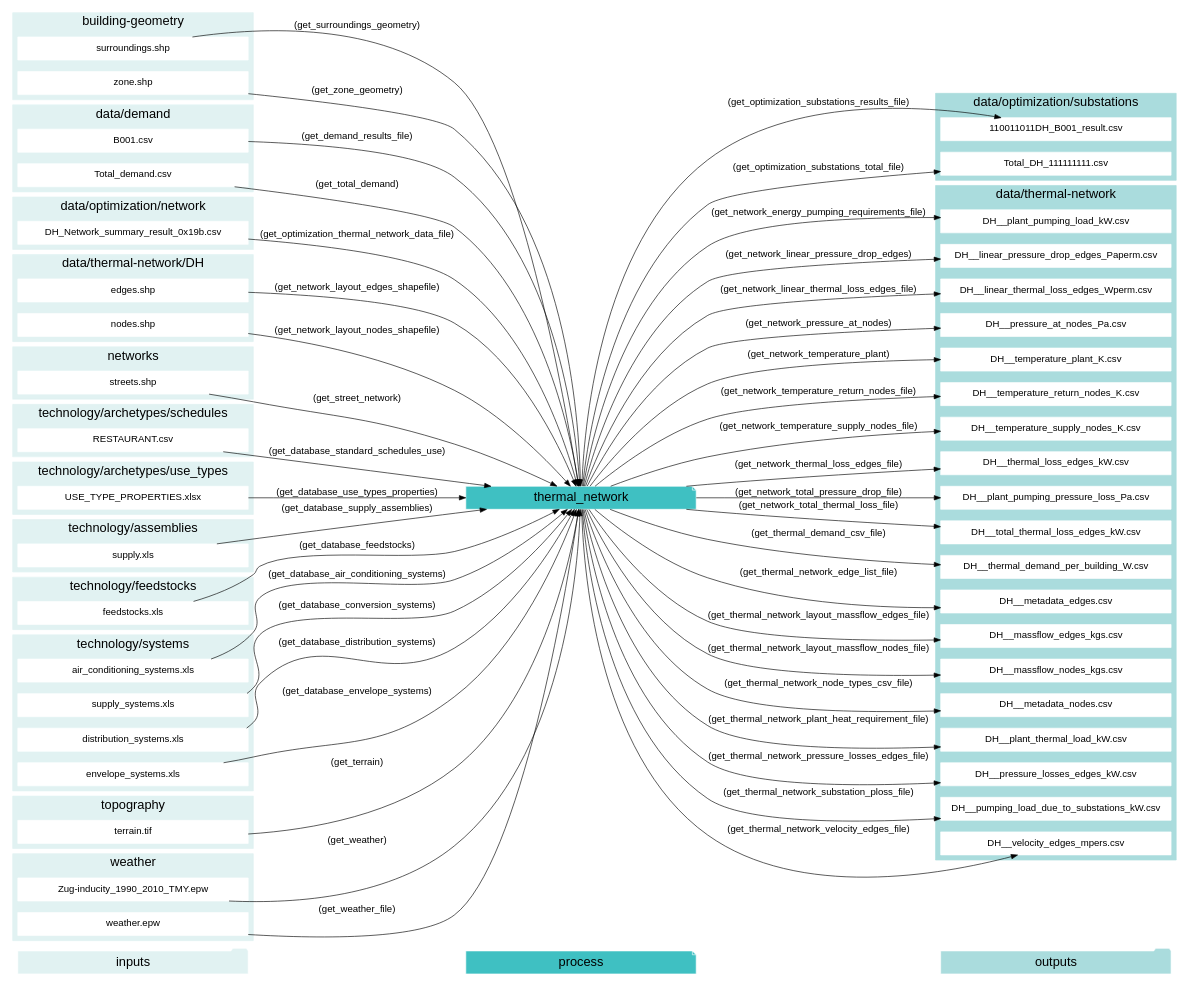
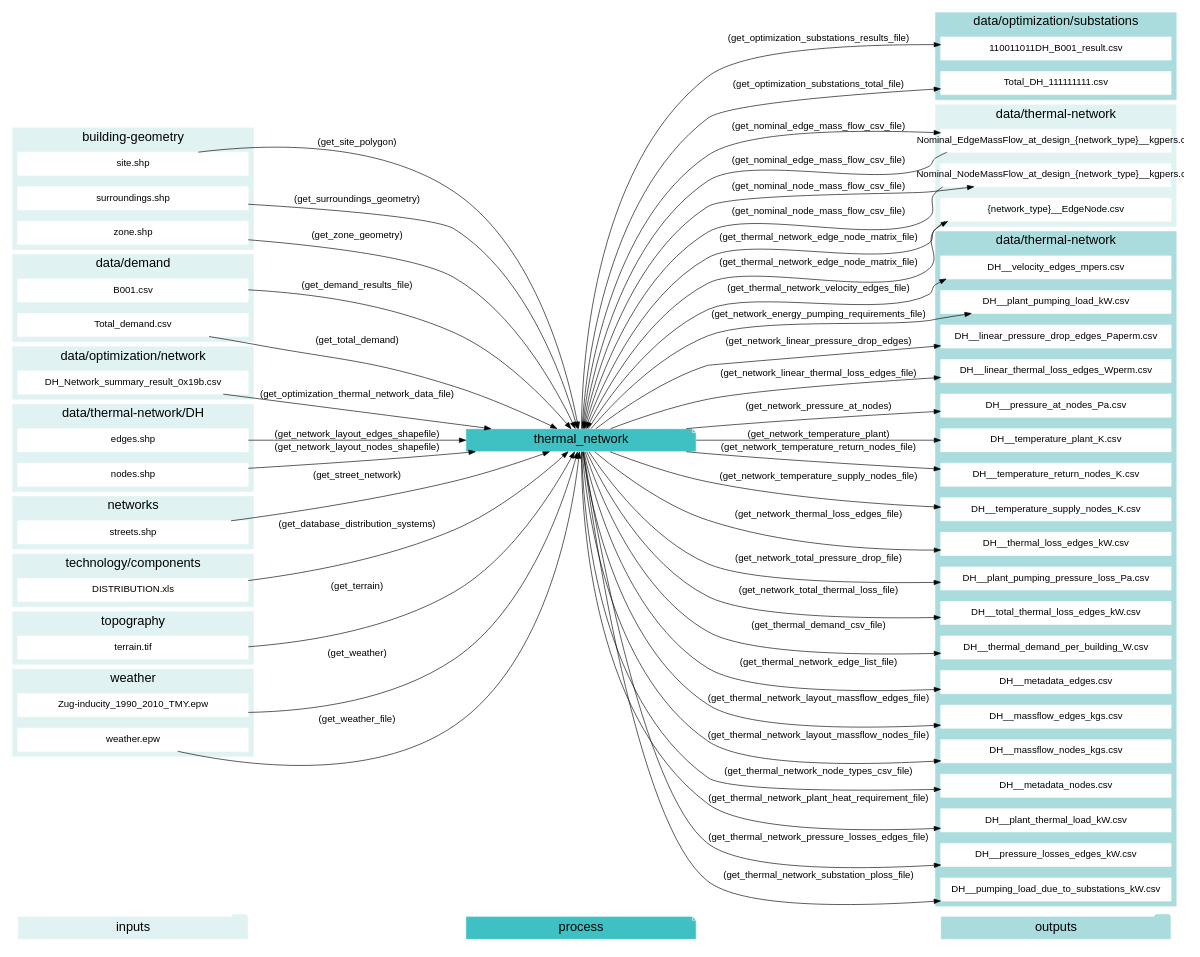
One commit to architecture-building-systems/CityEnergyAnalyst changed the diagram in docs/graphviz/thermal_network.gv. Above: the diagram before and after it, drawn with Graphviz. The commit also changed 24 other files, not shown here.

```diff
--- a/docs/graphviz/thermal_network.gv
+++ b/docs/graphviz/thermal_network.gv
@@ -1,195 +1,174 @@
 digraph trace_inputlocator {
     rankdir="LR";
     graph [overlap=false, fontname=arial];
     node [shape=box, style=filled, color=white, fontsize=15, fontname=arial, fixedsize=true, width=5];
     edge [fontname=arial, fontsize = 15]
     newrank=true
     subgraph cluster_legend {
     fontsize=25
     style=invis
     "process"[style=filled, fillcolor="#3FC0C2", shape=note, fontsize=20, fontname="arial"]
     "inputs" [style=filled, shape=folder, color=white, fillcolor="#E1F2F2", fontsize=20]
     "outputs"[style=filled, shape=folder, color=white, fillcolor="#aadcdd", fontsize=20]
     "inputs"->"process"[style=invis]
     "process"->"outputs"[style=invis]
     }
     "thermal_network"[style=filled, color=white, fillcolor="#3FC0C2", shape=note, fontsize=20, fontname=arial];
     subgraph cluster_0_in {
         style = filled;
         color = "#E1F2F2";
         fontsize = 20;
         rank=same;
         label="building-geometry";
+        "site.shp"
         "surroundings.shp"
         "zone.shp"
     }
     subgraph cluster_1_in {
         style = filled;
         color = "#E1F2F2";
         fontsize = 20;
         rank=same;
         label="data/demand";
         "B001.csv"
         "Total_demand.csv"
     }
     subgraph cluster_2_in {
         style = filled;
         color = "#E1F2F2";
         fontsize = 20;
         rank=same;
         label="data/optimization/network";
         "DH_Network_summary_result_0x19b.csv"
     }
     subgraph cluster_3_out {
         style = filled;
         color = "#aadcdd";
         fontsize = 20;
         rank=same;
         label="data/optimization/substations";
         "110011011DH_B001_result.csv"
         "Total_DH_111111111.csv"
     }
+    subgraph cluster_4_in {
+        style = filled;
+        color = "#E1F2F2";
+        fontsize = 20;
+        rank=same;
+        label="data/thermal-network";
+        "Nominal_EdgeMassFlow_at_design_{network_type}__kgpers.csv"
+        "Nominal_NodeMassFlow_at_design_{network_type}__kgpers.csv"
+        "{network_type}__EdgeNode.csv"
+    }
     subgraph cluster_4_out {
         style = filled;
         color = "#aadcdd";
         fontsize = 20;
         rank=same;
         label="data/thermal-network";
         "DH__plant_pumping_load_kW.csv"
         "DH__linear_pressure_drop_edges_Paperm.csv"
         "DH__linear_thermal_loss_edges_Wperm.csv"
         "DH__pressure_at_nodes_Pa.csv"
         "DH__temperature_plant_K.csv"
         "DH__temperature_return_nodes_K.csv"
         "DH__temperature_supply_nodes_K.csv"
         "DH__thermal_loss_edges_kW.csv"
         "DH__plant_pumping_pressure_loss_Pa.csv"
         "DH__total_thermal_loss_edges_kW.csv"
+        "Nominal_EdgeMassFlow_at_design_{network_type}__kgpers.csv"
+        "Nominal_NodeMassFlow_at_design_{network_type}__kgpers.csv"
         "DH__thermal_demand_per_building_W.csv"
         "DH__metadata_edges.csv"
+        "{network_type}__EdgeNode.csv"
         "DH__massflow_edges_kgs.csv"
         "DH__massflow_nodes_kgs.csv"
         "DH__metadata_nodes.csv"
         "DH__plant_thermal_load_kW.csv"
         "DH__pressure_losses_edges_kW.csv"
         "DH__pumping_load_due_to_substations_kW.csv"
         "DH__velocity_edges_mpers.csv"
     }
     subgraph cluster_5_in {
         style = filled;
         color = "#E1F2F2";
         fontsize = 20;
         rank=same;
         label="data/thermal-network/DH";
         "edges.shp"
         "nodes.shp"
     }
     subgraph cluster_6_in {
         style = filled;
         color = "#E1F2F2";
         fontsize = 20;
         rank=same;
         label="networks";
         "streets.shp"
     }
     subgraph cluster_7_in {
         style = filled;
         color = "#E1F2F2";
         fontsize = 20;
         rank=same;
-        label="technology/archetypes/schedules";
-        "RESTAURANT.csv"
+        label="technology/components";
+        "DISTRIBUTION.xls"
     }
     subgraph cluster_8_in {
-        style = filled;
-        color = "#E1F2F2";
-        fontsize = 20;
-        rank=same;
-        label="technology/archetypes/use_types";
-        "USE_TYPE_PROPERTIES.xlsx"
-    }
-    subgraph cluster_9_in {
-        style = filled;
-        color = "#E1F2F2";
-        fontsize = 20;
-        rank=same;
-        label="technology/assemblies";
-        "supply.xls"
-    }
-    subgraph cluster_10_in {
-        style = filled;
-        color = "#E1F2F2";
-        fontsize = 20;
-        rank=same;
-        label="technology/feedstocks";
-        "feedstocks.xls"
-    }
-    subgraph cluster_11_in {
-        style = filled;
-        color = "#E1F2F2";
-        fontsize = 20;
-        rank=same;
-        label="technology/systems";
-        "air_conditioning_systems.xls"
-        "supply_systems.xls"
-        "distribution_systems.xls"
-        "envelope_systems.xls"
-    }
-    subgraph cluster_12_in {
         style = filled;
         color = "#E1F2F2";
         fontsize = 20;
         rank=same;
         label="topography";
         "terrain.tif"
     }
-    subgraph cluster_13_in {
+    subgraph cluster_9_in {
         style = filled;
         color = "#E1F2F2";
         fontsize = 20;
         rank=same;
         label="weather";
         "Zug-inducity_1990_2010_TMY.epw"
         "weather.epw"
     }
-    "air_conditioning_systems.xls" -> "thermal_network"[label="(get_database_air_conditioning_systems)"]
-    "supply_systems.xls" -> "thermal_network"[label="(get_database_conversion_systems)"]
-    "distribution_systems.xls" -> "thermal_network"[label="(get_database_distribution_systems)"]
-    "envelope_systems.xls" -> "thermal_network"[label="(get_database_envelope_systems)"]
-    "feedstocks.xls" -> "thermal_network"[label="(get_database_feedstocks)"]
-    "RESTAURANT.csv" -> "thermal_network"[label="(get_database_standard_schedules_use)"]
-    "supply.xls" -> "thermal_network"[label="(get_database_supply_assemblies)"]
-    "USE_TYPE_PROPERTIES.xlsx" -> "thermal_network"[label="(get_database_use_types_properties)"]
+    "DISTRIBUTION.xls" -> "thermal_network"[label="(get_database_distribution_systems)"]
     "B001.csv" -> "thermal_network"[label="(get_demand_results_file)"]
     "edges.shp" -> "thermal_network"[label="(get_network_layout_edges_shapefile)"]
     "nodes.shp" -> "thermal_network"[label="(get_network_layout_nodes_shapefile)"]
+    "Nominal_EdgeMassFlow_at_design_{network_type}__kgpers.csv" -> "thermal_network"[label="(get_nominal_edge_mass_flow_csv_file)"]
+    "Nominal_NodeMassFlow_at_design_{network_type}__kgpers.csv" -> "thermal_network"[label="(get_nominal_node_mass_flow_csv_file)"]
     "DH_Network_summary_result_0x19b.csv" -> "thermal_network"[label="(get_optimization_thermal_network_data_file)"]
+    "site.shp" -> "thermal_network"[label="(get_site_polygon)"]
     "streets.shp" -> "thermal_network"[label="(get_street_network)"]
     "surroundings.shp" -> "thermal_network"[label="(get_surroundings_geometry)"]
     "terrain.tif" -> "thermal_network"[label="(get_terrain)"]
+    "{network_type}__EdgeNode.csv" -> "thermal_network"[label="(get_thermal_network_edge_node_matrix_file)"]
     "Total_demand.csv" -> "thermal_network"[label="(get_total_demand)"]
     "Zug-inducity_1990_2010_TMY.epw" -> "thermal_network"[label="(get_weather)"]
     "weather.epw" -> "thermal_network"[label="(get_weather_file)"]
     "zone.shp" -> "thermal_network"[label="(get_zone_geometry)"]
     "thermal_network" -> "DH__plant_pumping_load_kW.csv"[label="(get_network_energy_pumping_requirements_file)"]
     "thermal_network" -> "DH__linear_pressure_drop_edges_Paperm.csv"[label="(get_network_linear_pressure_drop_edges)"]
     "thermal_network" -> "DH__linear_thermal_loss_edges_Wperm.csv"[label="(get_network_linear_thermal_loss_edges_file)"]
     "thermal_network" -> "DH__pressure_at_nodes_Pa.csv"[label="(get_network_pressure_at_nodes)"]
     "thermal_network" -> "DH__temperature_plant_K.csv"[label="(get_network_temperature_plant)"]
     "thermal_network" -> "DH__temperature_return_nodes_K.csv"[label="(get_network_temperature_return_nodes_file)"]
     "thermal_network" -> "DH__temperature_supply_nodes_K.csv"[label="(get_network_temperature_supply_nodes_file)"]
     "thermal_network" -> "DH__thermal_loss_edges_kW.csv"[label="(get_network_thermal_loss_edges_file)"]
     "thermal_network" -> "DH__plant_pumping_pressure_loss_Pa.csv"[label="(get_network_total_pressure_drop_file)"]
     "thermal_network" -> "DH__total_thermal_loss_edges_kW.csv"[label="(get_network_total_thermal_loss_file)"]
+    "thermal_network" -> "Nominal_EdgeMassFlow_at_design_{network_type}__kgpers.csv"[label="(get_nominal_edge_mass_flow_csv_file)"]
+    "thermal_network" -> "Nominal_NodeMassFlow_at_design_{network_type}__kgpers.csv"[label="(get_nominal_node_mass_flow_csv_file)"]
     "thermal_network" -> "110011011DH_B001_result.csv"[label="(get_optimization_substations_results_file)"]
     "thermal_network" -> "Total_DH_111111111.csv"[label="(get_optimization_substations_total_file)"]
     "thermal_network" -> "DH__thermal_demand_per_building_W.csv"[label="(get_thermal_demand_csv_file)"]
     "thermal_network" -> "DH__metadata_edges.csv"[label="(get_thermal_network_edge_list_file)"]
+    "thermal_network" -> "{network_type}__EdgeNode.csv"[label="(get_thermal_network_edge_node_matrix_file)"]
     "thermal_network" -> "DH__massflow_edges_kgs.csv"[label="(get_thermal_network_layout_massflow_edges_file)"]
     "thermal_network" -> "DH__massflow_nodes_kgs.csv"[label="(get_thermal_network_layout_massflow_nodes_file)"]
     "thermal_network" -> "DH__metadata_nodes.csv"[label="(get_thermal_network_node_types_csv_file)"]
     "thermal_network" -> "DH__plant_thermal_load_kW.csv"[label="(get_thermal_network_plant_heat_requirement_file)"]
     "thermal_network" -> "DH__pressure_losses_edges_kW.csv"[label="(get_thermal_network_pressure_losses_edges_file)"]
     "thermal_network" -> "DH__pumping_load_due_to_substations_kW.csv"[label="(get_thermal_network_substation_ploss_file)"]
     "thermal_network" -> "DH__velocity_edges_mpers.csv"[label="(get_thermal_network_velocity_edges_file)"]
     }
```
